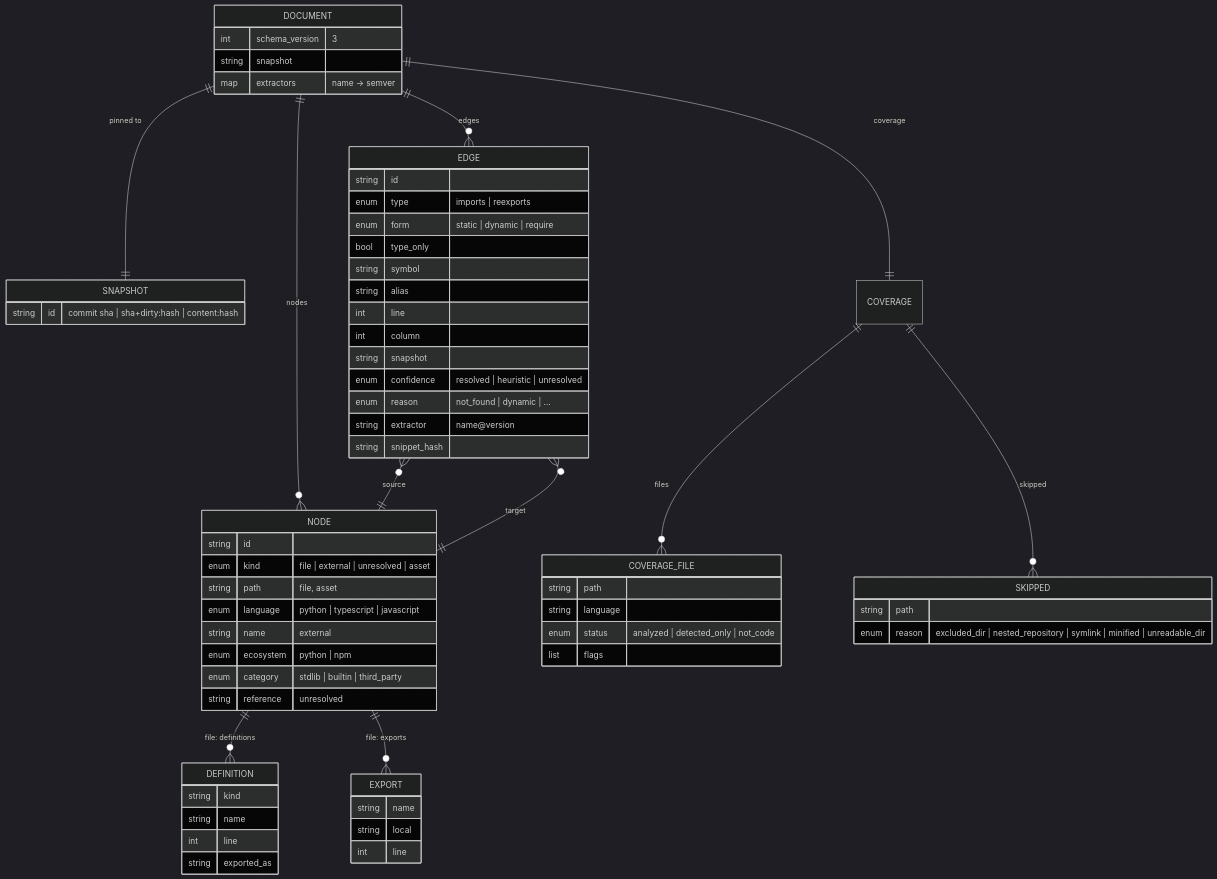
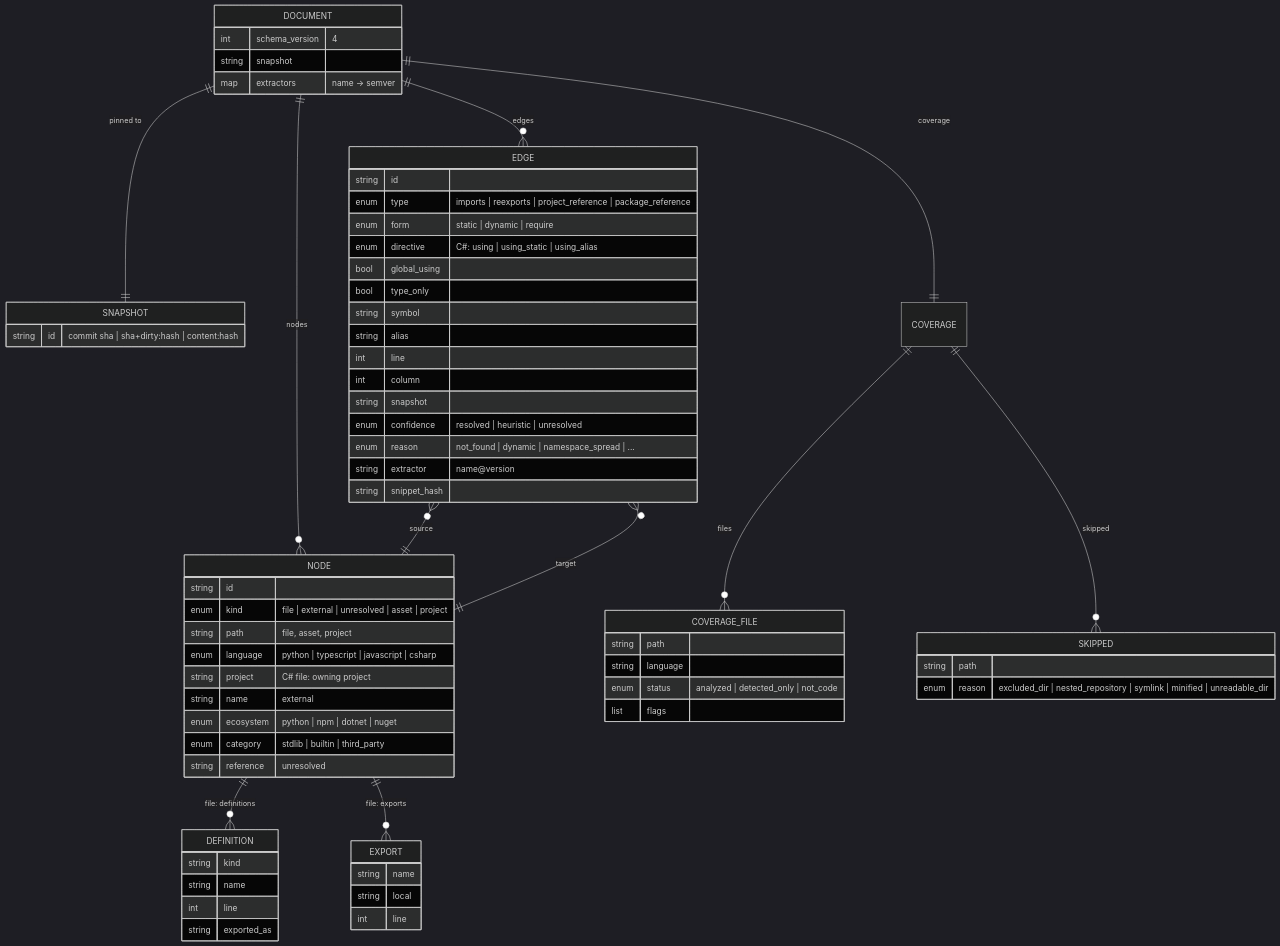
One commit to ulyanafrolova/graphora-AI changed the second of 3 diagrams in README.md. Above: the diagram before and after it, drawn with Mermaid (dark theme). The commit also changed other lines of this file and 3 other files, not shown here.

````diff
--- a/README.md
+++ b/README.md
@@ -116,68 +122,71 @@
 ```mermaid
 erDiagram
     DOCUMENT ||--|| SNAPSHOT : "pinned to"
     DOCUMENT ||--o{ NODE : nodes
     DOCUMENT ||--o{ EDGE : edges
     DOCUMENT ||--|| COVERAGE : coverage
     EDGE }o--|| NODE : source
     EDGE }o--|| NODE : target
     NODE ||--o{ DEFINITION : "file: definitions"
     NODE ||--o{ EXPORT : "file: exports"
     COVERAGE ||--o{ COVERAGE_FILE : files
     COVERAGE ||--o{ SKIPPED : skipped
 
     DOCUMENT {
-        int schema_version "3"
+        int schema_version "4"
         string snapshot
         map extractors "name -> semver"
     }
     SNAPSHOT {
         string id "commit sha | sha+dirty:hash | content:hash"
     }
     NODE {
         string id
-        enum kind "file | external | unresolved | asset"
-        string path "file, asset"
-        enum language "python | typescript | javascript"
+        enum kind "file | external | unresolved | asset | project"
+        string path "file, asset, project"
+        enum language "python | typescript | javascript | csharp"
+        string project "C# file: owning project"
         string name "external"
-        enum ecosystem "python | npm"
+        enum ecosystem "python | npm | dotnet | nuget"
         enum category "stdlib | builtin | third_party"
         string reference "unresolved"
     }
     EDGE {
         string id
-        enum type "imports | reexports"
+        enum type "imports | reexports | project_reference | package_reference"
         enum form "static | dynamic | require"
+        enum directive "C#: using | using_static | using_alias"
+        bool global_using
         bool type_only
         string symbol
         string alias
         int line
         int column
         string snapshot
         enum confidence "resolved | heuristic | unresolved"
-        enum reason "not_found | dynamic | ..."
+        enum reason "not_found | dynamic | namespace_spread | ..."
         string extractor "name@version"
         string snippet_hash
     }
     DEFINITION {
         string kind
         string name
         int line
         string exported_as
     }
     EXPORT {
         string name
         string local
         int line
     }
     COVERAGE_FILE {
         string path
         string language
         enum status "analyzed | detected_only | not_code"
         list flags
     }
     SKIPPED {
         string path
         enum reason "excluded_dir | nested_repository | symlink | minified | unreadable_dir"
     }
 ```
````
